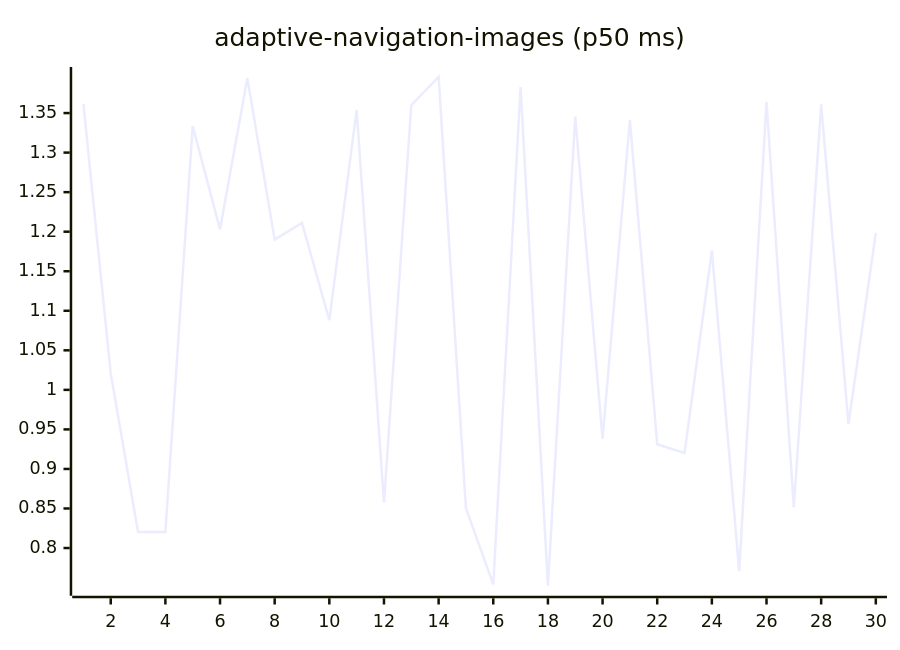
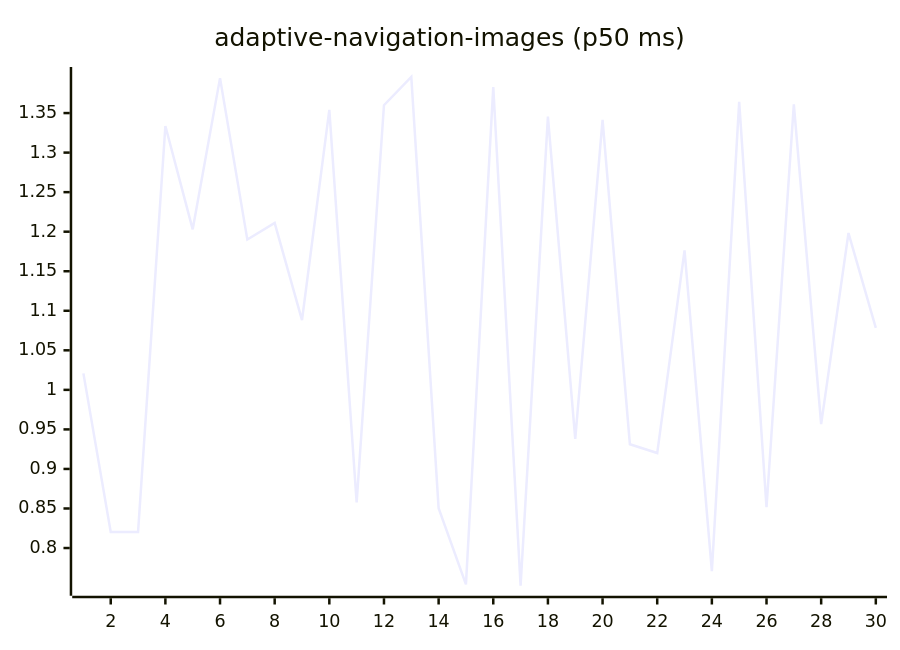
Before and after one commit to josha/Facet: the first of 27 diagrams in README.md, drawn with Mermaid. The commit also changed other lines of this file and 2 other files, not shown here.

````diff
--- a/README.md
+++ b/README.md
@@ -63,6 +63,6 @@
 ```mermaid
 xychart-beta
     title "adaptive-navigation-images (p50 ms)"
     x-axis 1 --> 30
-    line [1.3615, 1.0208, 0.8202, 0.8203, 1.3336, 1.2030, 1.3942, 1.1900, 1.2110, 1.0882, 1.3541, 0.8576, 1.3599, 1.3956, 0.8504, 0.7540, 1.3829, 0.7523, 1.3455, 0.9380, 1.3415, 0.9312, 0.9201, 1.1763, 0.7707, 1.3642, 0.8516, 1.3610, 0.9567, 1.1983]
+    line [1.0208, 0.8202, 0.8203, 1.3336, 1.2030, 1.3942, 1.1900, 1.2110, 1.0882, 1.3541, 0.8576, 1.3599, 1.3956, 0.8504, 0.7540, 1.3829, 0.7523, 1.3455, 0.9380, 1.3415, 0.9312, 0.9201, 1.1763, 0.7707, 1.3642, 0.8516, 1.3610, 0.9567, 1.1983, 1.0783]
 ```
````
